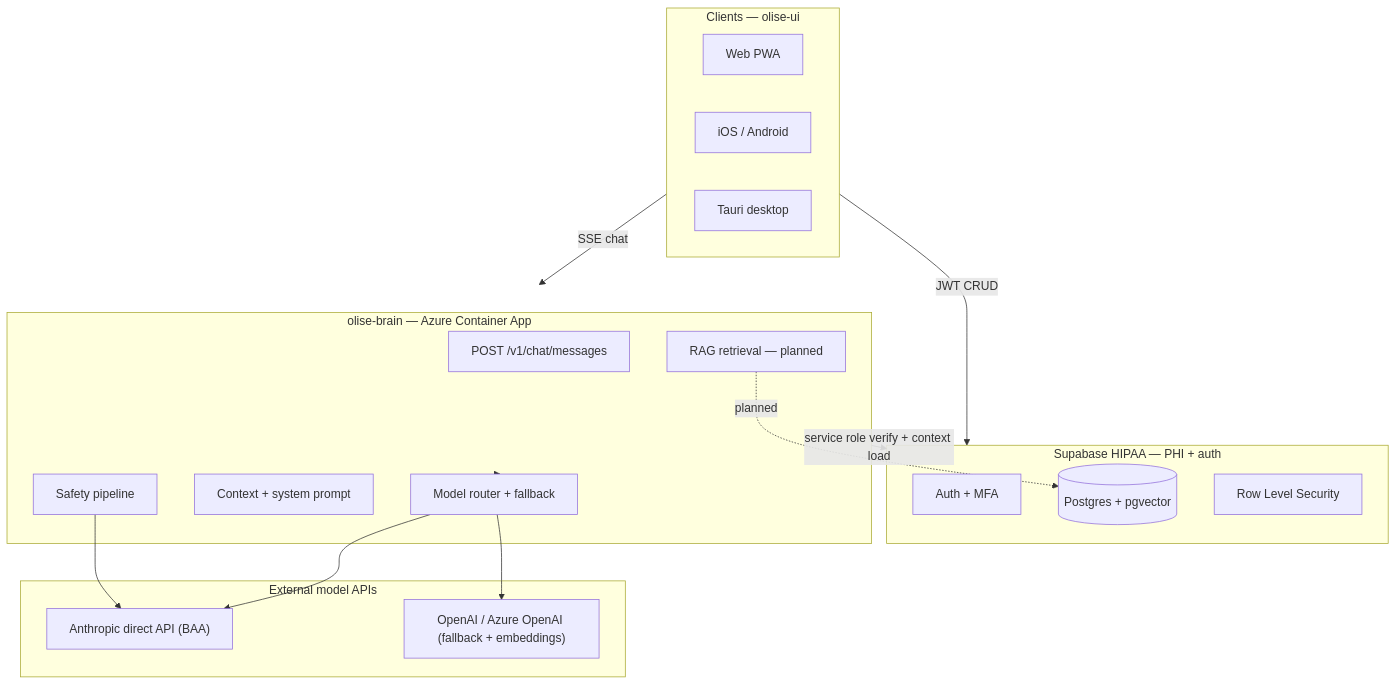
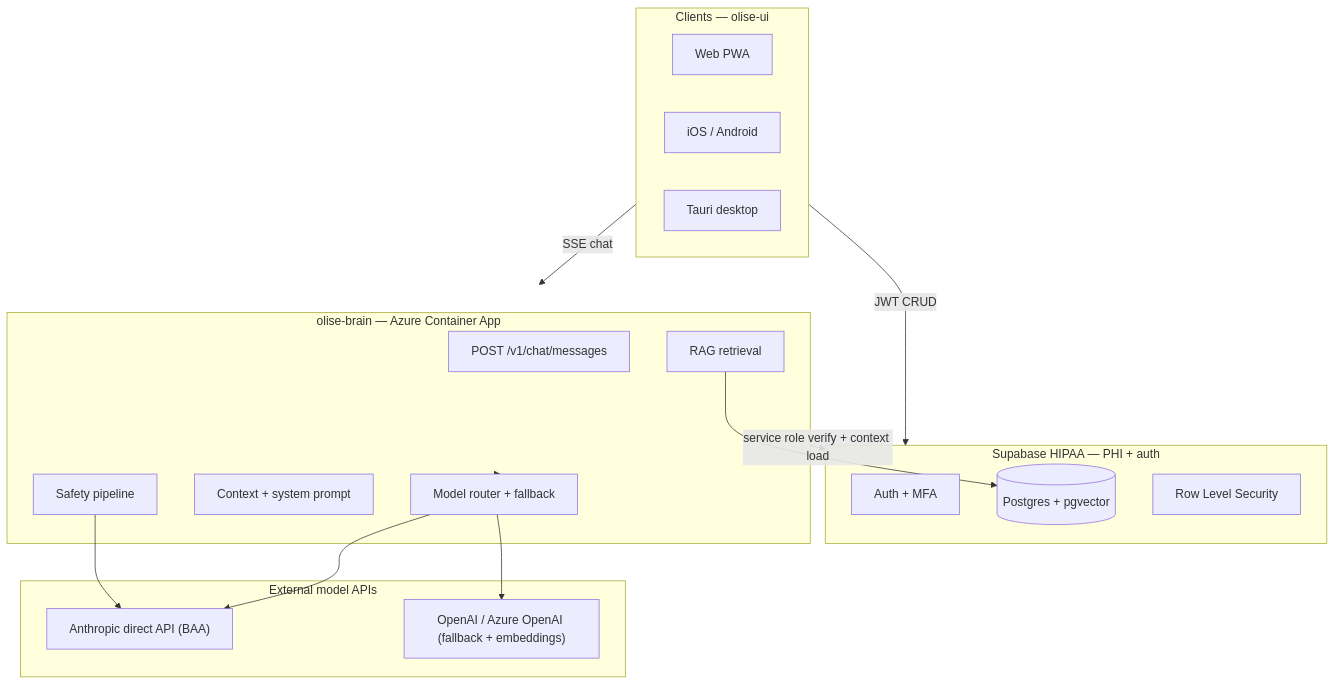
Before and after one commit to tanner-sys/olise-staging: the first of 3 diagrams in docs/ARCHITECTURE.md, drawn with Mermaid. The commit also changed other lines of this file and 26 other files, not shown here.

First line of the commit message:
Fix ESLint CI failures and update architecture docs for shipped M1–M4 v0.

````diff
--- a/docs/ARCHITECTURE.md
+++ b/docs/ARCHITECTURE.md
@@ -34,36 +34,36 @@
 ```mermaid
 flowchart TB
   subgraph clients [Clients — olise-ui]
     Web[Web PWA]
     Mobile[iOS / Android]
     Desktop[Tauri desktop]
   end
 
   subgraph supabase [Supabase HIPAA — PHI + auth]
     Auth[Auth + MFA]
     DB[(Postgres + pgvector)]
     RLS[Row Level Security]
   end
 
   subgraph brain [olise-brain — Azure Container App]
     API["POST /v1/chat/messages"]
     Router[Model router + fallback]
     Prompt[Context + system prompt]
     Safety[Safety pipeline]
-    RAG[RAG retrieval — planned]
+    RAG[RAG retrieval]
   end
 
   subgraph vendors [External model APIs]
     Anthropic["Anthropic direct API (BAA)"]
     OpenAI["OpenAI / Azure OpenAI (fallback + embeddings)"]
   end
 
   clients -->|JWT CRUD| supabase
   clients -->|SSE chat| brain
   brain -->|service role verify + context load| supabase
   brain --> Router
   Router --> Anthropic
   Router --> OpenAI
-  RAG -.->|planned| DB
+  RAG --> DB
   Safety --> Anthropic
 ```
````
